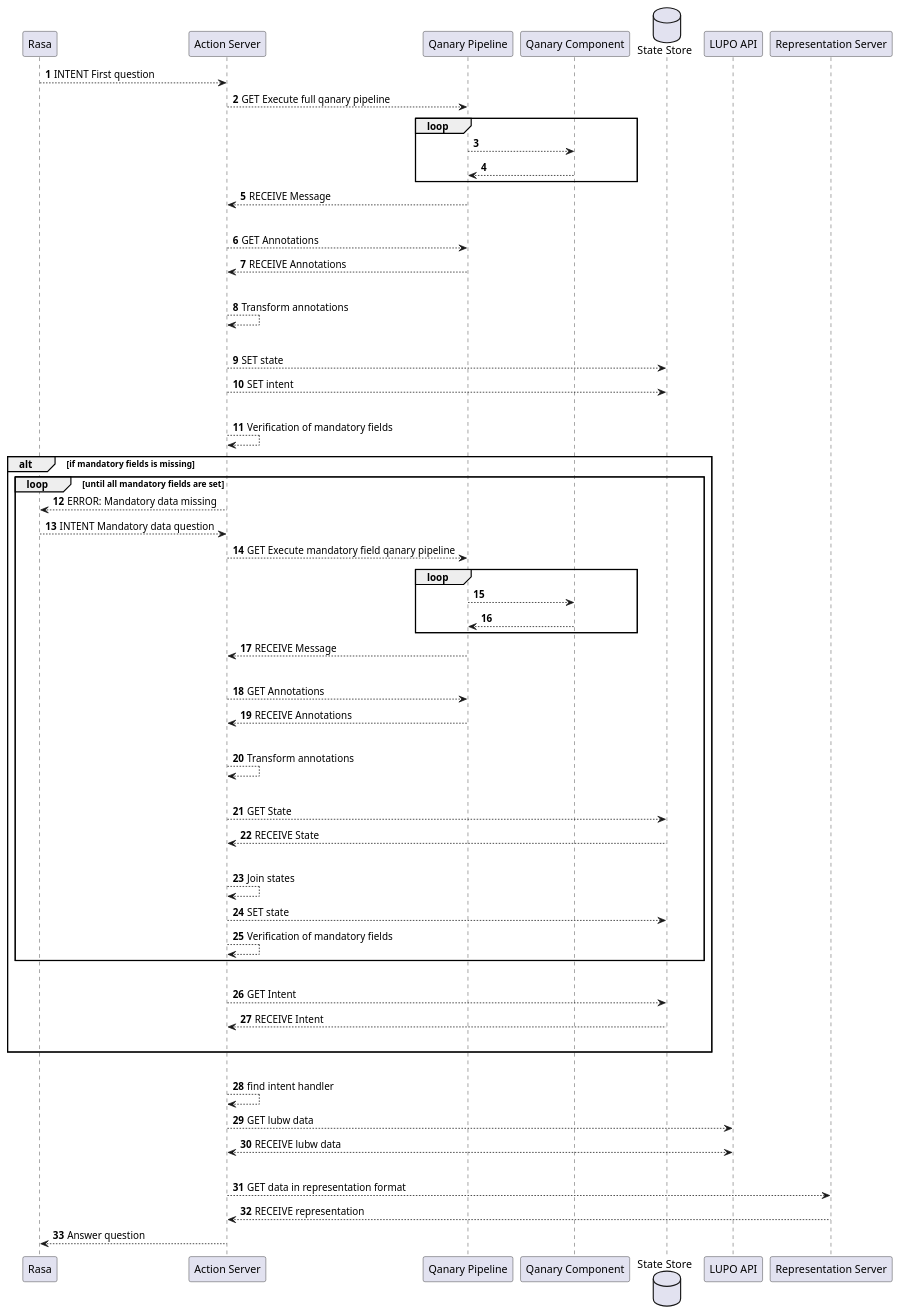
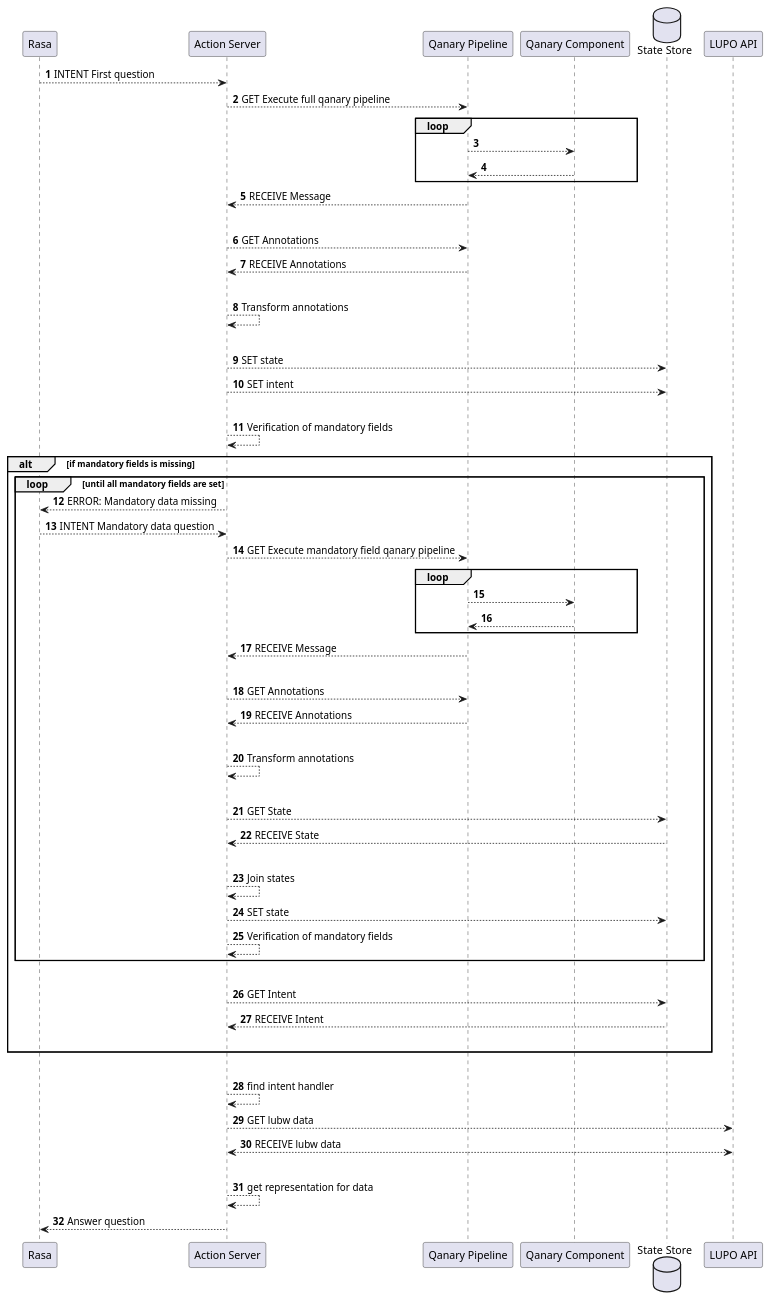
One commit to fredericbahr/quatsch-project-22 changed the diagram in docs/diagrams/Architecture Verification Of Mandatory Data.puml. Above: the diagram before and after it, drawn with PlantUML. The commit also changed 4 other files, not shown here.

Commit message:
docs: refactor diagrams

```diff
--- a/docs/diagrams/Architecture Verification Of Mandatory Data.puml
+++ b/docs/diagrams/Architecture Verification Of Mandatory Data.puml
@@ -1,85 +1,84 @@
 @startuml
 
 autonumber
 skinparam BoxPadding 15
 
 "Rasa" --> "Action Server" : INTENT First question
 "Action Server" --> "Qanary Pipeline" : GET Execute full qanary pipeline
 
 loop
 "Qanary Pipeline" --> "Qanary Component"
 "Qanary Pipeline" <-- "Qanary Component"
 end
 
 
 "Action Server" <-- "Qanary Pipeline" : RECEIVE Message
 
 |||
 "Action Server" --> "Qanary Pipeline" : GET Annotations
 "Action Server" <-- "Qanary Pipeline" : RECEIVE Annotations
 |||
 
 "Action Server" --> "Action Server" : Transform annotations
 
 |||
 database "State Store"
 "Action Server" --> "State Store" : SET state
 "Action Server" --> "State Store" : SET intent
 |||
 
 "Action Server" --> "Action Server": Verification of mandatory fields
 
 alt if mandatory fields is missing
 
 loop until all mandatory fields are set
 
 "Rasa" <-- "Action Server" : ERROR: Mandatory data missing
 "Rasa" --> "Action Server" : INTENT Mandatory data question
 
 "Action Server" --> "Qanary Pipeline": GET Execute mandatory field qanary pipeline
 
 loop
 "Qanary Pipeline" --> "Qanary Component"
 "Qanary Pipeline" <-- "Qanary Component"
 end
 
 "Action Server" <-- "Qanary Pipeline" : RECEIVE Message
  
 |||
 "Action Server" --> "Qanary Pipeline" : GET Annotations
 "Action Server" <-- "Qanary Pipeline" : RECEIVE Annotations
 |||
 
 "Action Server" --> "Action Server" : Transform annotations
 
 |||
 "Action Server" --> "State Store" : GET State
 "Action Server" <-- "State Store" : RECEIVE State
 |||
 
 "Action Server" --> "Action Server" : Join states
 
 "Action Server" --> "State Store" : SET state
 
 "Action Server" --> "Action Server": Verification of mandatory fields
 end
 
 |||
 "Action Server" --> "State Store" : GET Intent
 "Action Server" <-- "State Store" : RECEIVE Intent
 |||
 end
 
 |||
 "Action Server" --> "Action Server" : find intent handler
 
 "Action Server" --> "LUPO API" : GET lubw data
 "Action Server" <--> "LUPO API" : RECEIVE lubw data
 
 |||
-"Action Server" --> "Representation Server" : GET data in representation format
-"Action Server" <-- "Representation Server" : RECEIVE representation
+"Action Server" --> "Action Server" : get representation for data
 
 "Rasa" <-- "Action Server" : Answer question
 
 @enduml
```
